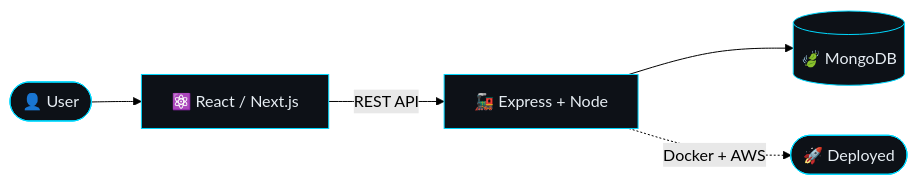
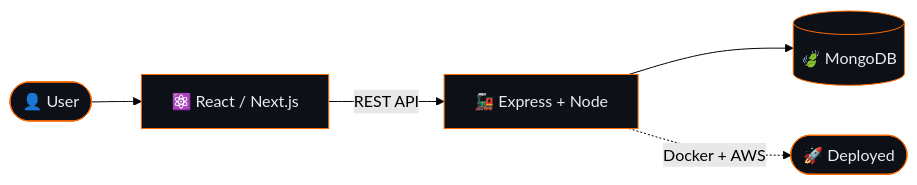
The first of 3 diagrams in README.md (Mayur-Bhil/Mayur-Bhil), drawn with Mermaid (forest theme) before and after one commit. The commit also changed other lines of this file, not shown here.

````diff
--- a/README.md
+++ b/README.md
@@ -67,9 +67,9 @@
 ```mermaid
 flowchart LR
     U([👤 User]) --> R[⚛️ React / Next.js]
     R -->|REST API| E[🚂 Express + Node]
     E --> M[(🍃 MongoDB)]
     E -. Docker + AWS .-> D([🚀 Deployed])
-    classDef c fill:#0d1117,stroke:#00d9ff,color:#e6edf3
+    classDef c fill:#0d1117,stroke:#FF6A00,color:#e6edf3
     class U,R,E,M,D c
 ```
````
